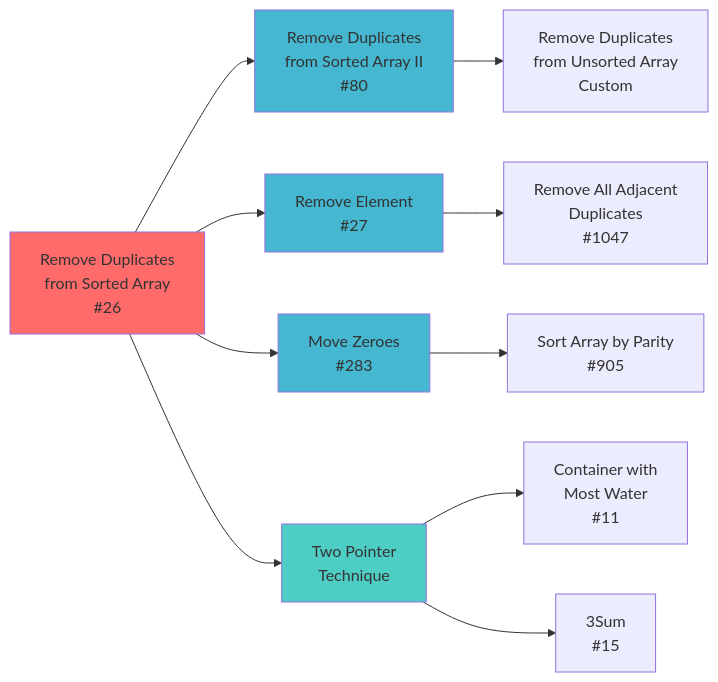
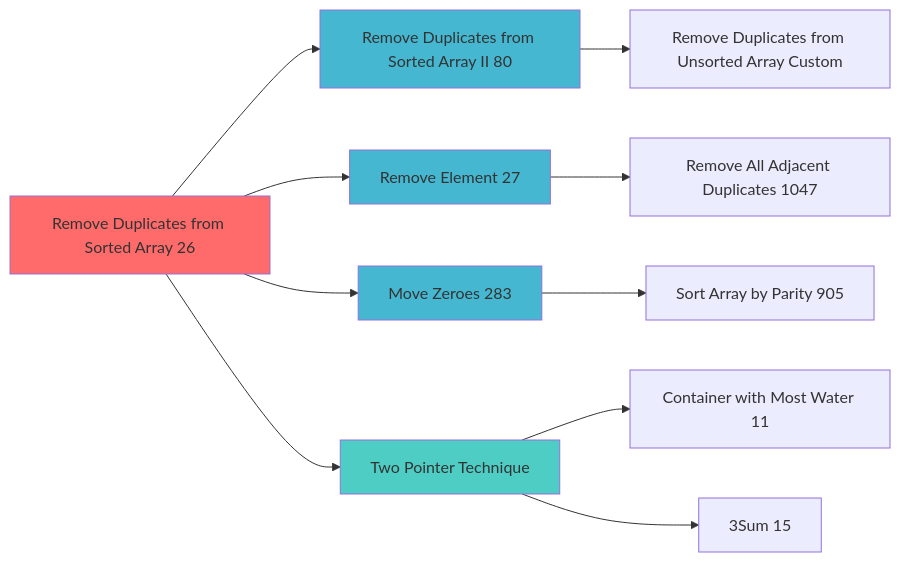
The fifth of 7 diagrams in src/problems/array/3-remove_duplicates_from_sorted_array/mind-map.md (milyasbpa/top-150-leetcode), drawn with Mermaid before and after one commit. The commit also changed other lines of this file, not shown here.

Commit message:
fix: try mermaid

````diff
--- a/src/problems/array/3-remove_duplicates_from_sorted_array/mind-map.md
+++ b/src/problems/array/3-remove_duplicates_from_sorted_array/mind-map.md
@@ -185,20 +179,20 @@
 ```mermaid
 graph LR
-    A[Remove Duplicates<br/>from Sorted Array<br/>#26] --> B[Remove Duplicates<br/>from Sorted Array II<br/>#80]
-    A --> C[Remove Element<br/>#27]
-    A --> D[Move Zeroes<br/>#283]
+    A["Remove Duplicates from Sorted Array 26"] --> B["Remove Duplicates from Sorted Array II 80"]
+    A --> C["Remove Element 27"]
+    A --> D["Move Zeroes 283"]
 
-    B --> E[Remove Duplicates<br/>from Unsorted Array<br/>Custom]
-    C --> F[Remove All Adjacent<br/>Duplicates<br/>#1047]
-    D --> G[Sort Array by Parity<br/>#905]
+    B --> E["Remove Duplicates from Unsorted Array Custom"]
+    C --> F["Remove All Adjacent Duplicates 1047"]
+    D --> G["Sort Array by Parity 905"]
 
-    A --> H[Two Pointer<br/>Technique]
-    H --> I[Container with<br/>Most Water<br/>#11]
-    H --> J[3Sum<br/>#15]
+    A --> H["Two Pointer Technique"]
+    H --> I["Container with Most Water 11"]
+    H --> J["3Sum 15"]
 
     style A fill:#ff6b6b
     style H fill:#4ecdc4
     style B fill:#45b7d1
     style C fill:#45b7d1
     style D fill:#45b7d1
 ```
````
